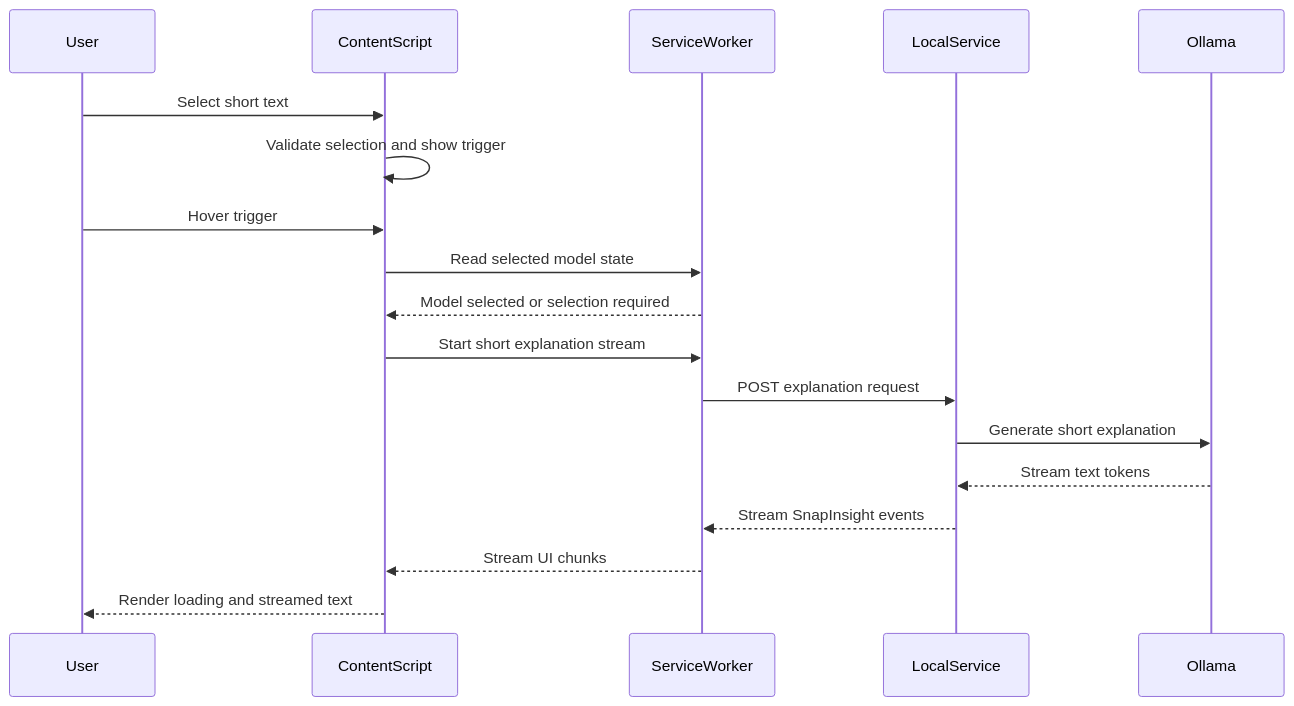
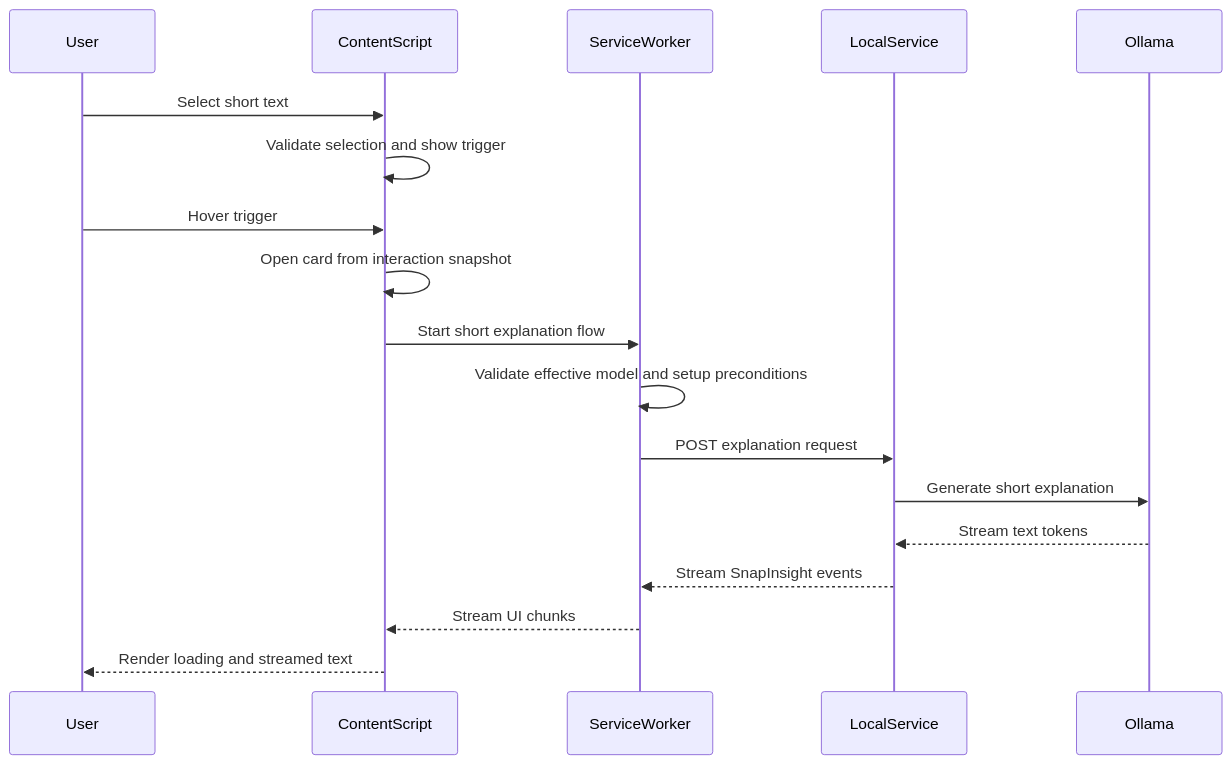
The third of 3 diagrams in docs/design/extension-and-local-service-design.md (cogito0823/SnapInsight), drawn with Mermaid before and after one commit. The commit also changed other lines of this file and 9 other files, not shown here.

````diff
--- a/docs/design/extension-and-local-service-design.md
+++ b/docs/design/extension-and-local-service-design.md
@@ -196,21 +209,21 @@
 ```mermaid
 sequenceDiagram
     participant User
     participant ContentScript
     participant ServiceWorker
     participant LocalService
     participant Ollama
 
     User->>ContentScript: Select short text
     ContentScript->>ContentScript: Validate selection and show trigger
     User->>ContentScript: Hover trigger
-    ContentScript->>ServiceWorker: Read selected model state
-    ServiceWorker-->>ContentScript: Model selected or selection required
-    ContentScript->>ServiceWorker: Start short explanation stream
+    ContentScript->>ContentScript: Open card from interaction snapshot
+    ContentScript->>ServiceWorker: Start short explanation flow
+    ServiceWorker->>ServiceWorker: Validate effective model and setup preconditions
     ServiceWorker->>LocalService: POST explanation request
     LocalService->>Ollama: Generate short explanation
     Ollama-->>LocalService: Stream text tokens
     LocalService-->>ServiceWorker: Stream SnapInsight events
     ServiceWorker-->>ContentScript: Stream UI chunks
     ContentScript-->>User: Render loading and streamed text
 ```
````
